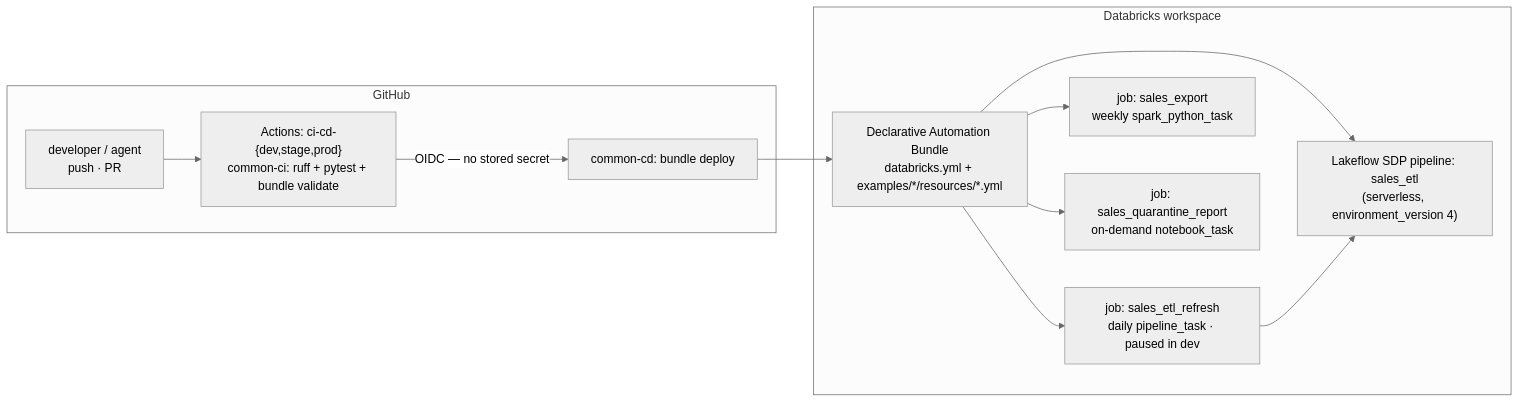
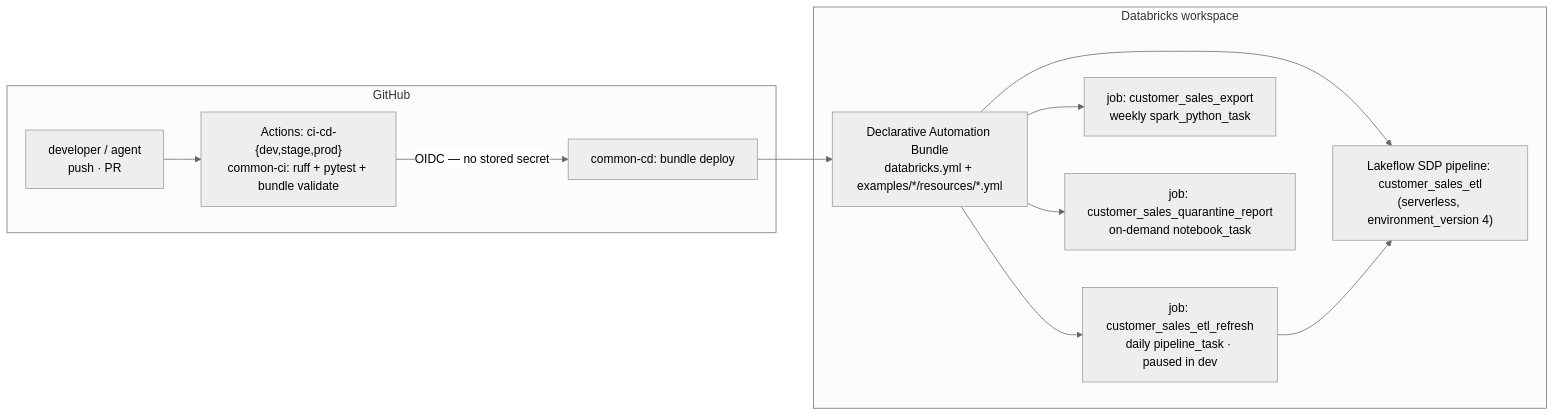
The first of 5 diagrams in docs/ARCHITECTURE.md (Vegash09/Demo_Lab), drawn with Mermaid (neutral theme) before and after one commit. The commit also changed other lines of this file and 65 other files, not shown here.

First line of the commit message:
Naming: folder paths mirror the UC namespace; sales example becomes customer_sales

````diff
--- a/docs/ARCHITECTURE.md
+++ b/docs/ARCHITECTURE.md
@@ -11,16 +11,16 @@
 ```mermaid
 flowchart LR
     subgraph GH["GitHub"]
         DEV["developer / agent<br/>push · PR"] --> CI["Actions: ci-cd-{dev,stage,prod}<br/>common-ci: ruff + pytest + bundle validate"]
         CI -->|"OIDC — no stored secret"| CD["common-cd: bundle deploy"]
     end
 
     subgraph WS["Databricks workspace"]
         CD --> DAB["Declarative Automation Bundle<br/>databricks.yml + examples/*/resources/*.yml"]
-        DAB --> PL["Lakeflow SDP pipeline: sales_etl<br/>(serverless, environment_version 4)"]
-        DAB --> JOB["job: sales_etl_refresh<br/>daily pipeline_task · paused in dev"]
-        DAB --> EXP["job: sales_export<br/>weekly spark_python_task"]
-        DAB --> QR["job: sales_quarantine_report<br/>on-demand notebook_task"]
+        DAB --> PL["Lakeflow SDP pipeline: customer_sales_etl<br/>(serverless, environment_version 4)"]
+        DAB --> JOB["job: customer_sales_etl_refresh<br/>daily pipeline_task · paused in dev"]
+        DAB --> EXP["job: customer_sales_export<br/>weekly spark_python_task"]
+        DAB --> QR["job: customer_sales_quarantine_report<br/>on-demand notebook_task"]
         JOB --> PL
     end
 ```
````
